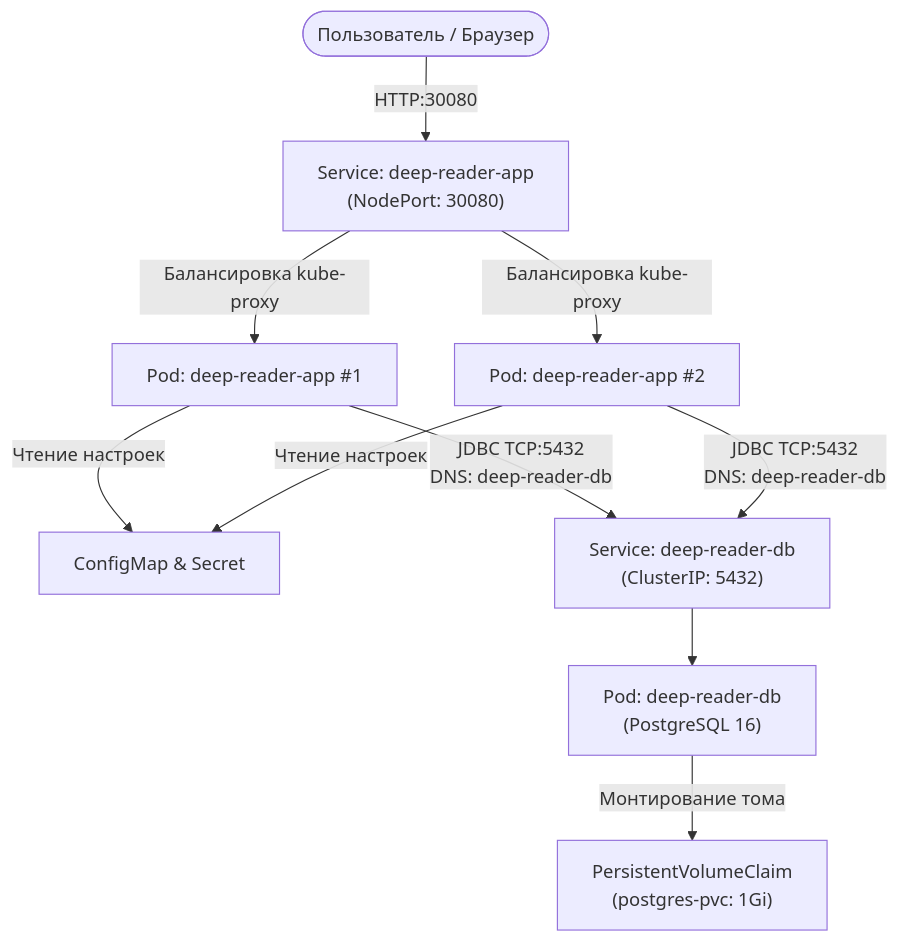
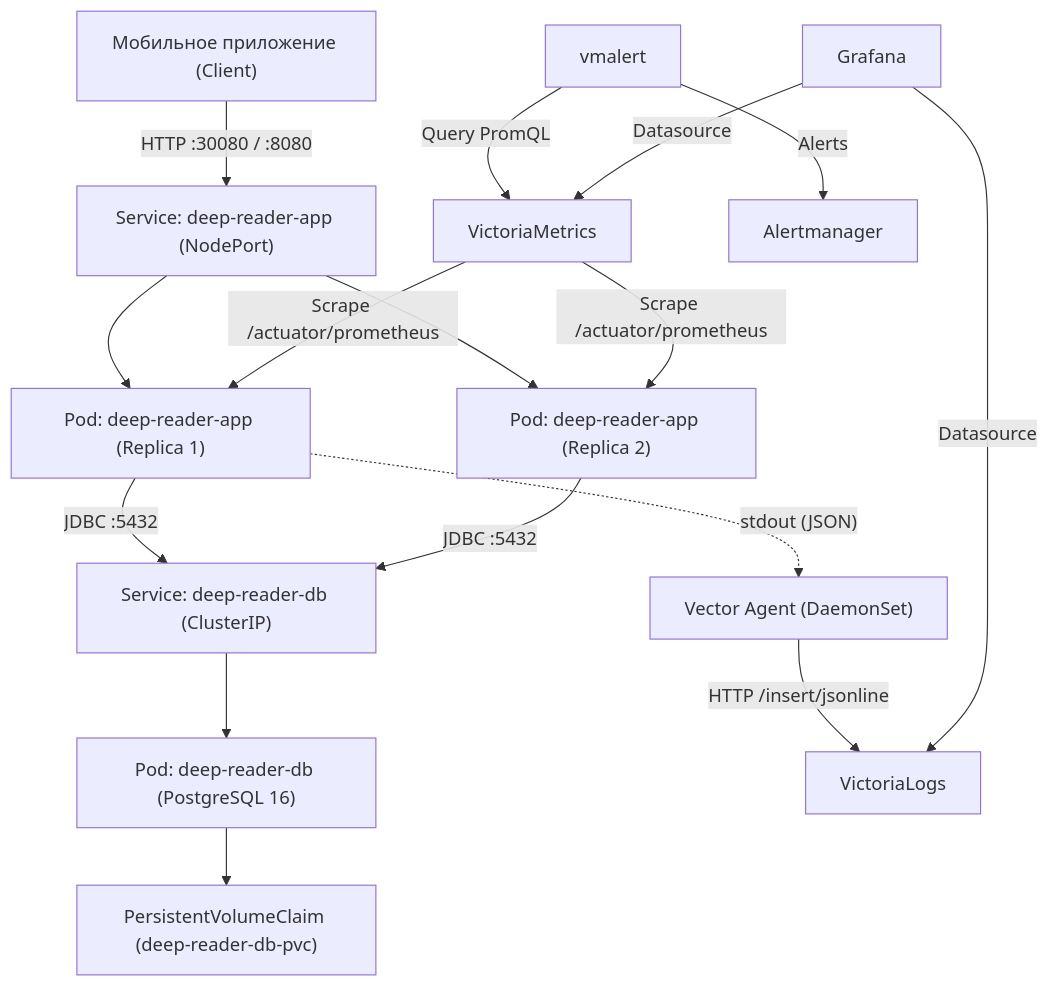
One commit to TheFourPixels/deep-reader-backend changed the second of 2 diagrams in Отчёт.md. Above: the diagram before and after it, drawn with Mermaid. The commit also changed other lines of this file and 18 other files, not shown here.

````diff
--- a/Отчёт.md
+++ b/Отчёт.md
@@ -106,12 +97,21 @@
 ```mermaid
 flowchart TD
-    User(["Пользователь / Браузер"]) -->|HTTP:30080| AppService["Service: deep-reader-app<br/>(NodePort: 30080)"]
-    AppService -->|Балансировка kube-proxy| AppPod1["Pod: deep-reader-app #1"]
-    AppService -->|Балансировка kube-proxy| AppPod2["Pod: deep-reader-app #2"]
-    AppPod1 -->|Чтение настроек| CM["ConfigMap & Secret"]
-    AppPod2 -->|Чтение настроек| CM
-    AppPod1 -->|JDBC TCP:5432<br/>DNS: deep-reader-db| DBService["Service: deep-reader-db<br/>(ClusterIP: 5432)"]
-    AppPod2 -->|JDBC TCP:5432<br/>DNS: deep-reader-db| DBService
-    DBService --> DBPod["Pod: deep-reader-db<br/>(PostgreSQL 16)"]
-    DBPod -->|Монтирование тома| PVC["PersistentVolumeClaim<br/>(postgres-pvc: 1Gi)"]
+    Client["Мобильное приложение (Client)"] -->|"HTTP :30080 / :8080"| AppService["Service: deep-reader-app (NodePort)"]
+    AppService --> AppPod1["Pod: deep-reader-app (Replica 1)"]
+    AppService --> AppPod2["Pod: deep-reader-app (Replica 2)"]
+    
+    AppPod1 -->|"JDBC :5432"| DBService["Service: deep-reader-db (ClusterIP)"]
+    AppPod2 -->|"JDBC :5432"| DBService
+    DBService --> DBPod["Pod: deep-reader-db (PostgreSQL 16)"]
+    DBPod --> PVC["PersistentVolumeClaim (deep-reader-db-pvc)"]
+
+    AppPod1 -.->|"stdout (JSON)"| VectorAgent["Vector Agent (DaemonSet)"]
+    VectorAgent -->|"HTTP /insert/jsonline"| VL["VictoriaLogs"]
+
+    VM["VictoriaMetrics"] -->|"Scrape /actuator/prometheus"| AppPod1
+    VM -->|"Scrape /actuator/prometheus"| AppPod2
+    VMAlert["vmalert"] -->|"Query PromQL"| VM
+    VMAlert -->|"Alerts"| AM["Alertmanager"]
+    Grafana["Grafana"] -->|"Datasource"| VM
+    Grafana -->|"Datasource"| VL
 ```
````
